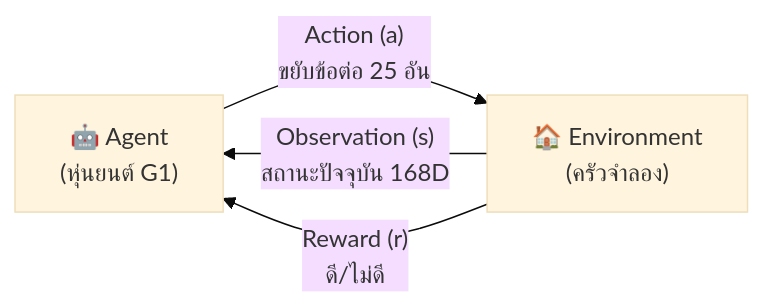
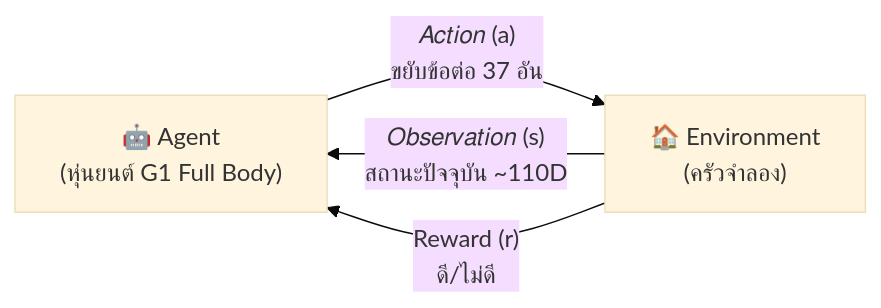
Before and after one commit to siriponsri/robotic-sim-dishwash: the first of 3 diagrams in docs/05_rl_methods_tutorial.md, drawn with Mermaid (base theme). The commit also changed other lines of this file and 68 other files, not shown here.

First line of the commit message:
refactor: Full-body G1 dual-task pipeline (Apple+DishWipe) for RTX 5090

````diff
--- a/docs/05_rl_methods_tutorial.md
+++ b/docs/05_rl_methods_tutorial.md
@@ -30,9 +30,9 @@
 ```mermaid
 graph LR
-    Agent["🤖 Agent<br/>(หุ่นยนต์ G1)"]
+    Agent["🤖 Agent<br/>(หุ่นยนต์ G1 Full Body)"]
     Env["🏠 Environment<br/>(ครัวจำลอง)"]
 
-    Agent -->|"Action (a)<br/>ขยับข้อต่อ 25 อัน"| Env
-    Env -->|"Observation (s)<br/>สถานะปัจจุบัน 168D"| Agent
+    Agent -->|"𝐴𝑐𝑡𝑖𝑜𝑛 (a)<br/>ขยับข้อต่อ 37 อัน"| Env
+    Env -->|"𝑂𝑏𝑠𝑒𝑟𝑣𝑎𝑡𝑖𝑜𝑛 (s)<br/>สถานะปัจจุบัน ~110D"| Agent
     Env -->|"Reward (r)<br/>ดี/ไม่ดี"| Agent
 ```
````
